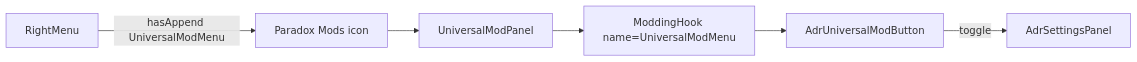
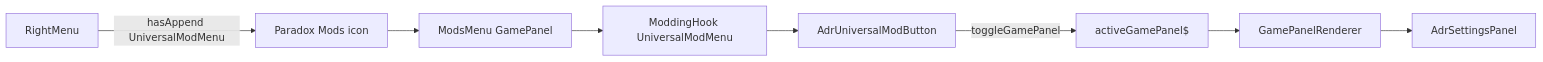
Before and after one commit to klyte45/CS2-AddressesMod: the diagram in .klyte-kanban/RefsLibrary/2026082521_main-to-vuio-migration/03-shell-and-umm.md, drawn with Mermaid. The commit also changed other lines of this file and 6 other files, not shown here.

Commit message:
Fixing plan to use proper GamePanel implementation

````diff
--- a/.klyte-kanban/RefsLibrary/2026082521_main-to-vuio-migration/03-shell-and-umm.md
+++ b/.klyte-kanban/RefsLibrary/2026082521_main-to-vuio-migration/03-shell-and-umm.md
@@ -9,8 +9,10 @@
 ```mermaid
 flowchart LR
   RM[RightMenu] -->|"hasAppend UniversalModMenu"| Glyph[Paradox Mods icon]
-  Glyph --> UMP[UniversalModPanel]
-  UMP --> Hook["ModdingHook name=UniversalModMenu"]
+  Glyph --> UMP["ModsMenu GamePanel"]
+  UMP --> Hook["ModdingHook UniversalModMenu"]
   Hook --> AdrBtn[AdrUniversalModButton]
-  AdrBtn -->|"toggle"| Panel[AdrSettingsPanel]
+  AdrBtn -->|"toggleGamePanel"| Active["activeGamePanel$"]
+  Active --> GPR[GamePanelRenderer]
+  GPR --> AdrPanel[AdrSettingsPanel]
 ```
````
